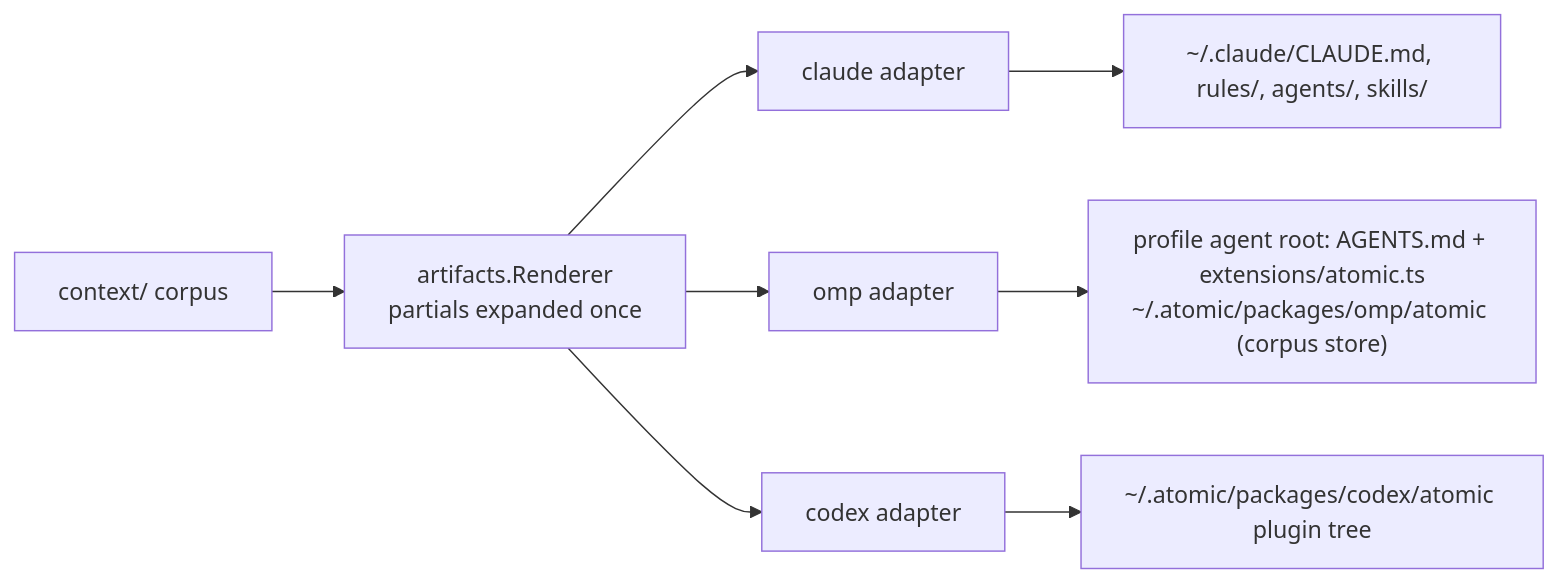
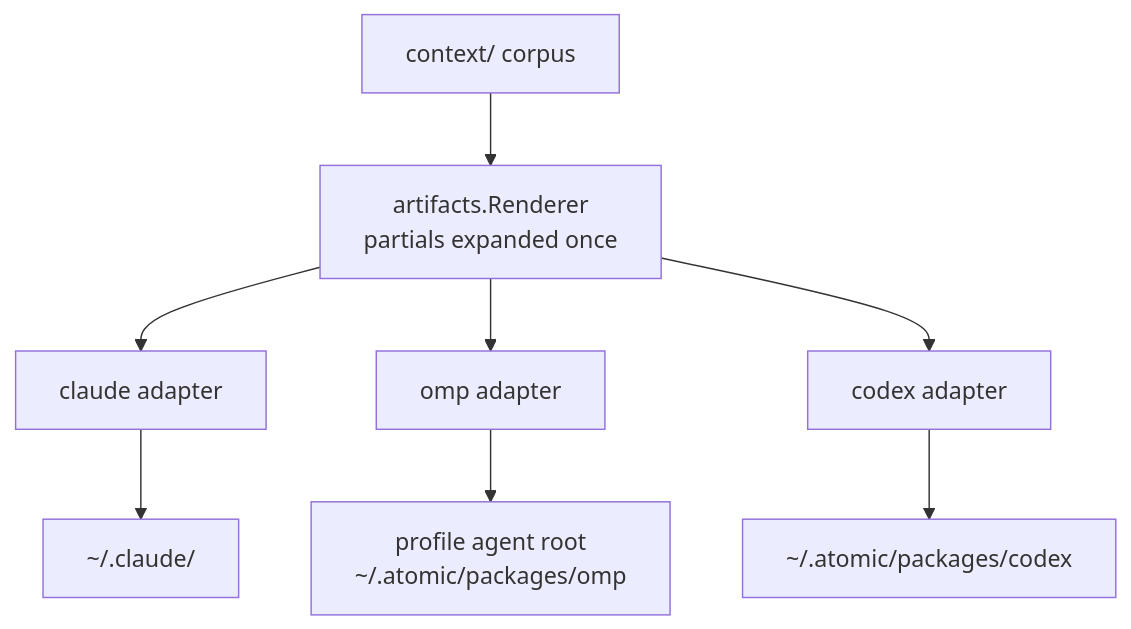
The second of 6 diagrams in docs/wiki/harness.md (damusix/atomic-claude), drawn with Mermaid before and after one commit. The commit also changed other lines of this file and 11 other files, not shown here.

````diff
--- a/docs/wiki/harness.md
+++ b/docs/wiki/harness.md
@@ -48,11 +48,11 @@
 ```mermaid
-flowchart LR
+flowchart TD
     %% source: atomic/internal/artifacts/catalog.go, atomic/internal/artifacts/renderer.go, atomic/internal/harness/{claude,omp,codex}
     CTX["context/ corpus"] --> REN["artifacts.Renderer<br/>partials expanded once"]
     REN --> CL["claude adapter"]
     REN --> OMP["omp adapter"]
     REN --> CX["codex adapter"]
-    CL --> CLN["~/.claude/CLAUDE.md, rules/, agents/, skills/"]
-    OMP --> OMPN["profile agent root: AGENTS.md + extensions/atomic.ts<br/>~/.atomic/packages/omp/atomic (corpus store)"]
-    CX --> CXN["~/.atomic/packages/codex/atomic plugin tree"]
+    CL --> CLN["~/.claude/"]
+    OMP --> OMPN["profile agent root<br/>~/.atomic/packages/omp"]
+    CX --> CXN["~/.atomic/packages/codex"]
 ```
````
